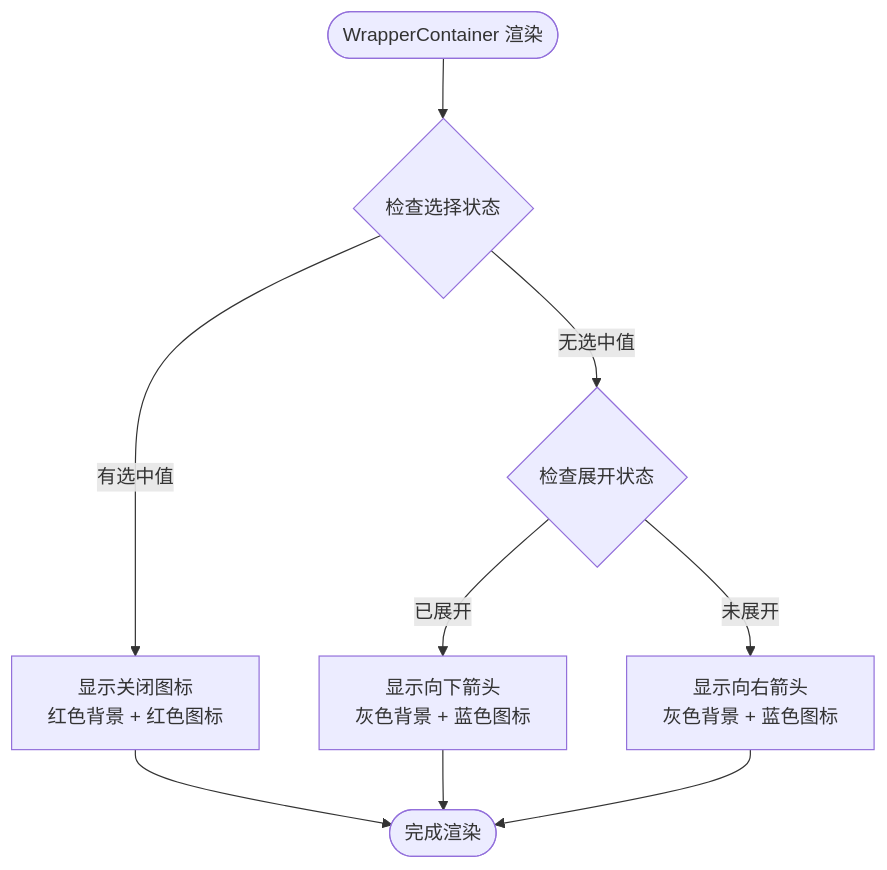
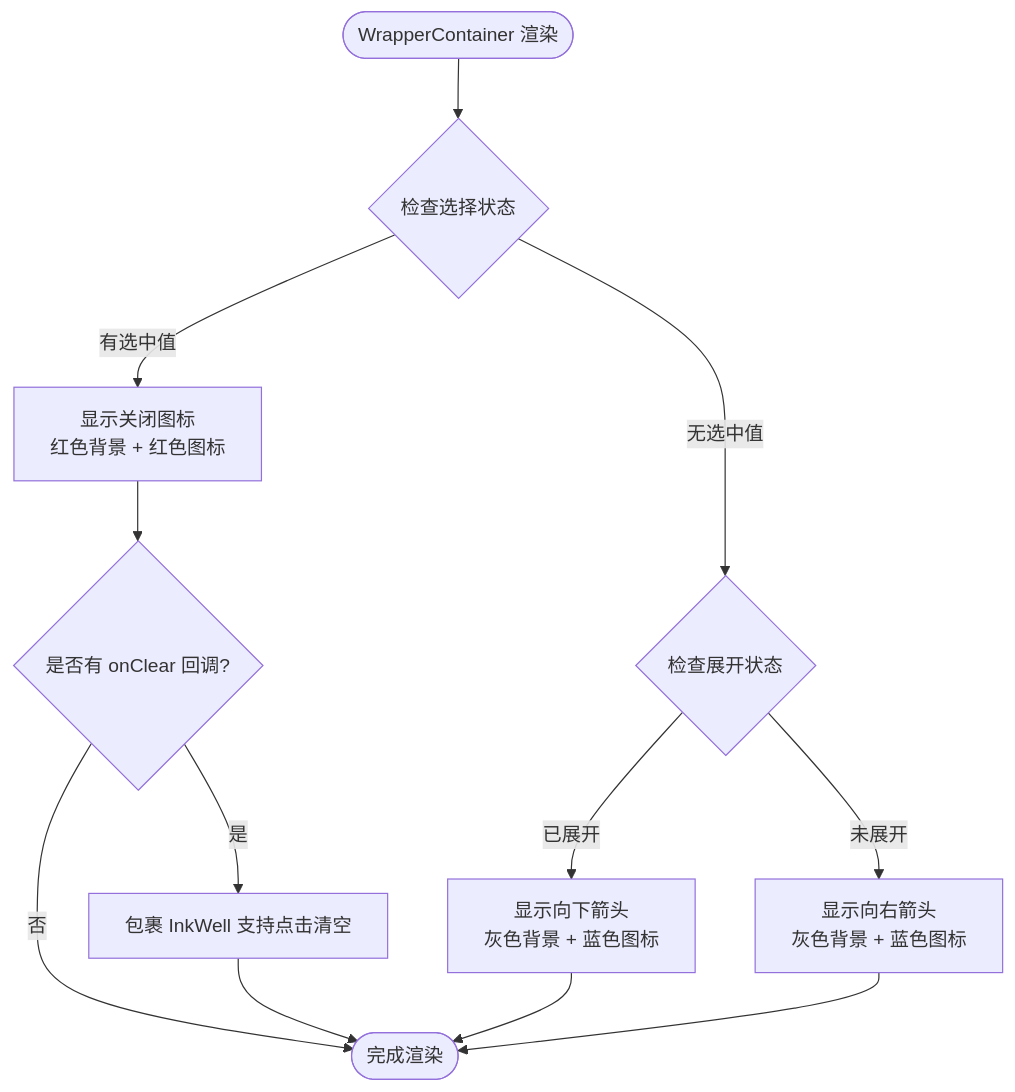
Before and after one commit to yuzhido/lite-ui: the fourth of 6 diagrams in .qoder/repowiki/zh/content/高级组件/下拉选择器.md, drawn with Mermaid. The commit also changed other lines of this file and 37 other files, not shown here.

````diff
--- a/.qoder/repowiki/zh/content/高级组件/下拉选择器.md
+++ b/.qoder/repowiki/zh/content/高级组件/下拉选择器.md
@@ -209,11 +216,14 @@
 ```mermaid
 flowchart TD
 Start(["WrapperContainer 渲染"]) --> CheckState{"检查选择状态"}
 CheckState --> |有选中值| Selected["显示关闭图标<br/>红色背景 + 红色图标"]
 CheckState --> |无选中值| CheckExpanded{"检查展开状态"}
 CheckExpanded --> |已展开| Expanded["显示向下箭头<br/>灰色背景 + 蓝色图标"]
 CheckExpanded --> |未展开| Collapsed["显示向右箭头<br/>灰色背景 + 蓝色图标"]
-Selected --> End(["完成渲染"])
+Selected --> CheckClear{"是否有 onClear 回调?"}
+CheckClear --> |是| Clearable["包裹 InkWell 支持点击清空"]
+CheckClear --> |否| End(["完成渲染"])
+Clearable --> End
 Expanded --> End
 Collapsed --> End
 ```
````
